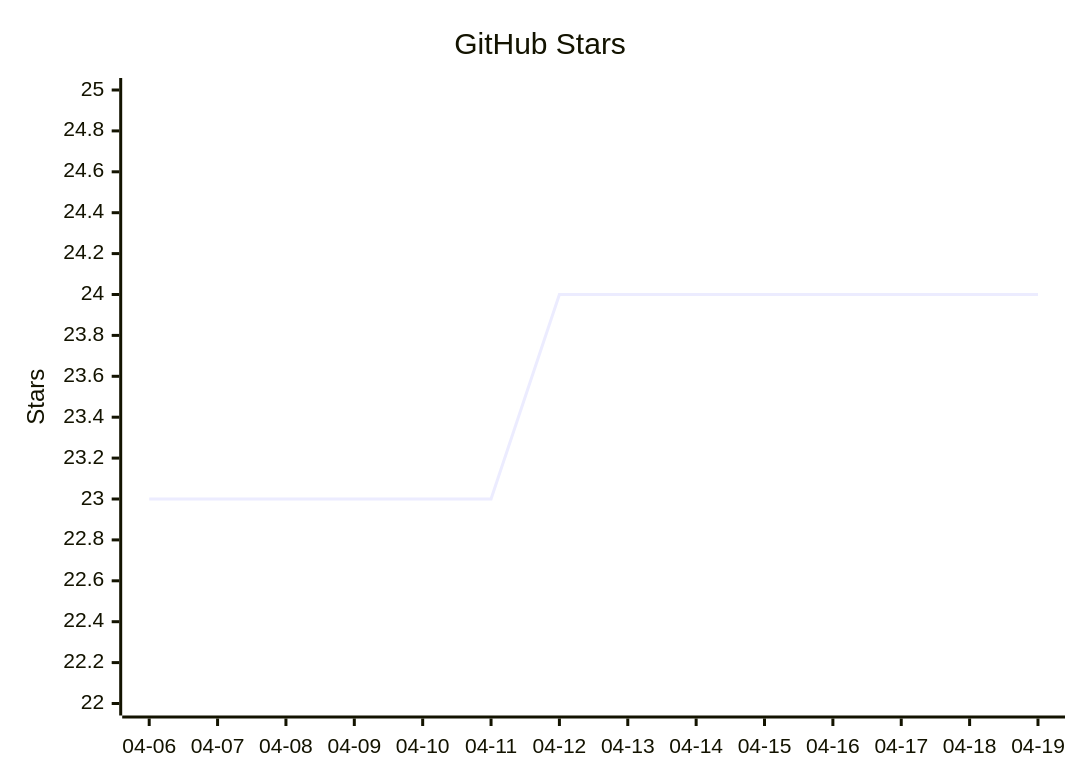
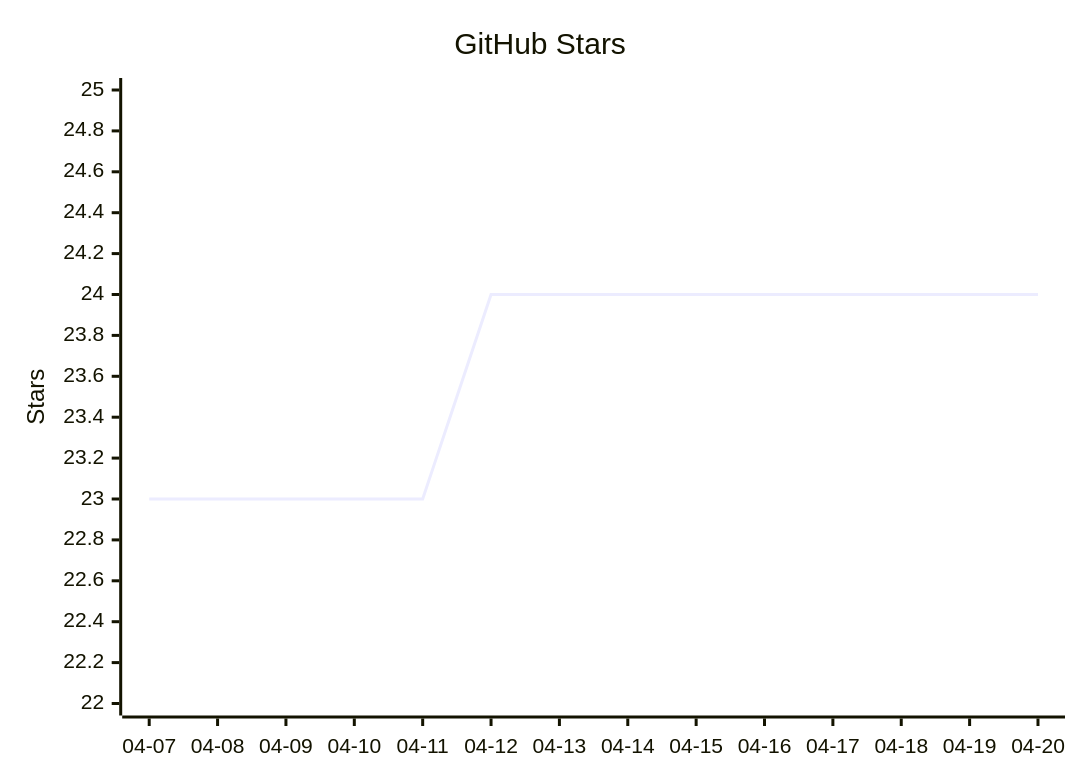
The diagram in README.mbt.md (vectie/moonclaw), drawn with Mermaid before and after one commit. The commit also changed other lines of this file and 1 other file, not shown here.

Commit message:
Update README star growth

````diff
--- a/README.mbt.md
+++ b/README.mbt.md
@@ -486,7 +486,7 @@
 ```mermaid
 xychart-beta
     title "GitHub Stars"
-    x-axis ["04-06","04-07","04-08","04-09","04-10","04-11","04-12","04-13","04-14","04-15","04-16","04-17","04-18","04-19"]
+    x-axis ["04-07","04-08","04-09","04-10","04-11","04-12","04-13","04-14","04-15","04-16","04-17","04-18","04-19","04-20"]
     y-axis "Stars" 22 --> 25
-    line [23,23,23,23,23,23,24,24,24,24,24,24,24,24]
+    line [23,23,23,23,23,24,24,24,24,24,24,24,24,24]
 ```
````
